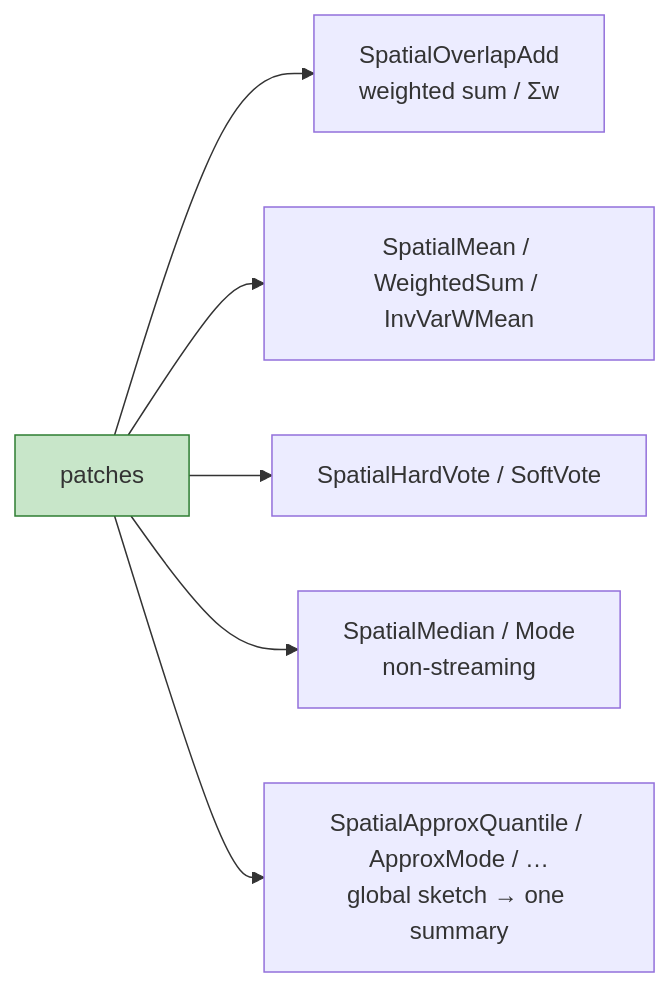
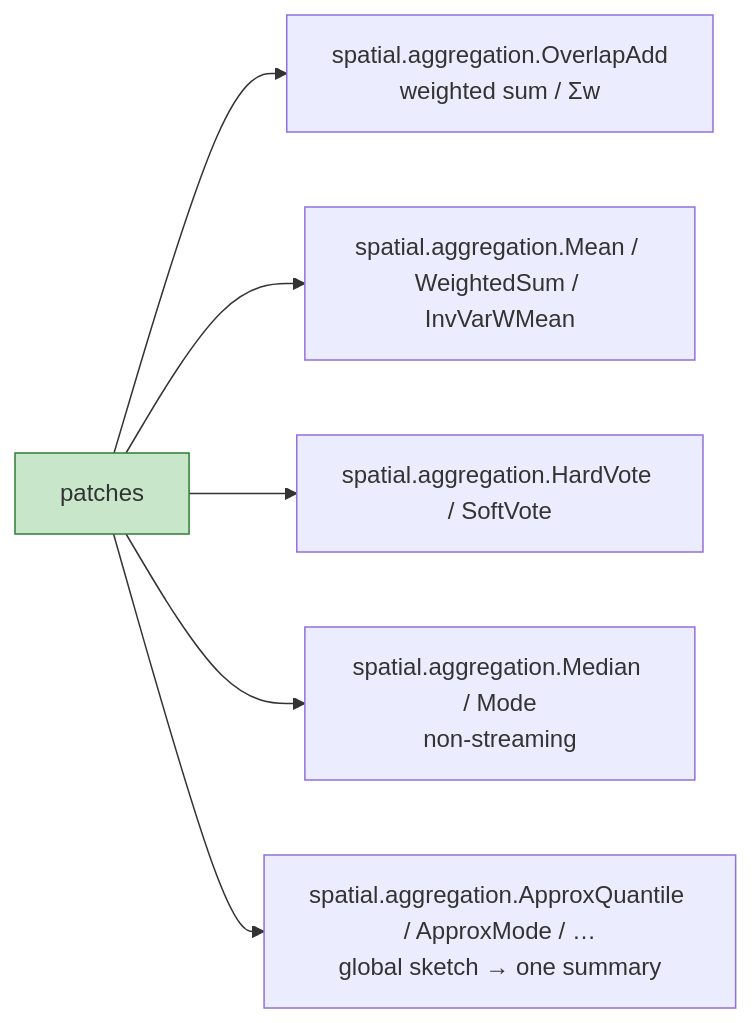
One commit to jejjohnson/geotoolz changed the fifth of 5 diagrams in docs/patcher/concepts.md. Above: the diagram before and after it, drawn with Mermaid. The commit also changed other lines of this file and 204 other files, not shown here.

````diff
--- a/docs/patcher/concepts.md
+++ b/docs/patcher/concepts.md
@@ -87,9 +87,9 @@
 ```mermaid
 flowchart LR
-    P[patches] --> OA[SpatialOverlapAdd<br/>weighted sum / Σw]
-    P --> MN[SpatialMean / WeightedSum / InvVarWMean]
-    P --> HV[SpatialHardVote / SoftVote]
-    P --> MD[SpatialMedian / Mode<br/>non-streaming]
-    P --> AX[SpatialApproxQuantile / ApproxMode / …<br/>global sketch → one summary]
+    P[patches] --> OA[spatial.aggregation.OverlapAdd<br/>weighted sum / Σw]
+    P --> MN[spatial.aggregation.Mean / WeightedSum / InvVarWMean]
+    P --> HV[spatial.aggregation.HardVote / SoftVote]
+    P --> MD[spatial.aggregation.Median / Mode<br/>non-streaming]
+    P --> AX[spatial.aggregation.ApproxQuantile / ApproxMode / …<br/>global sketch → one summary]
     style P fill:#c8e6c9,stroke:#2e7d32
 ```
````
